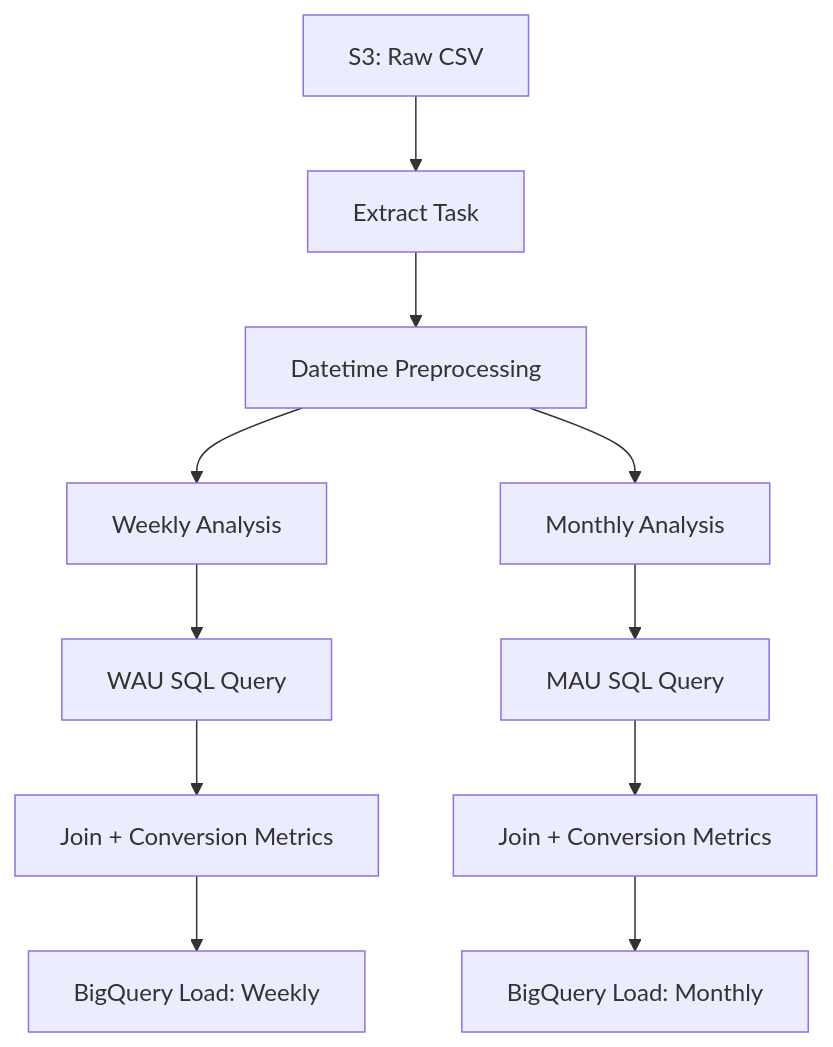
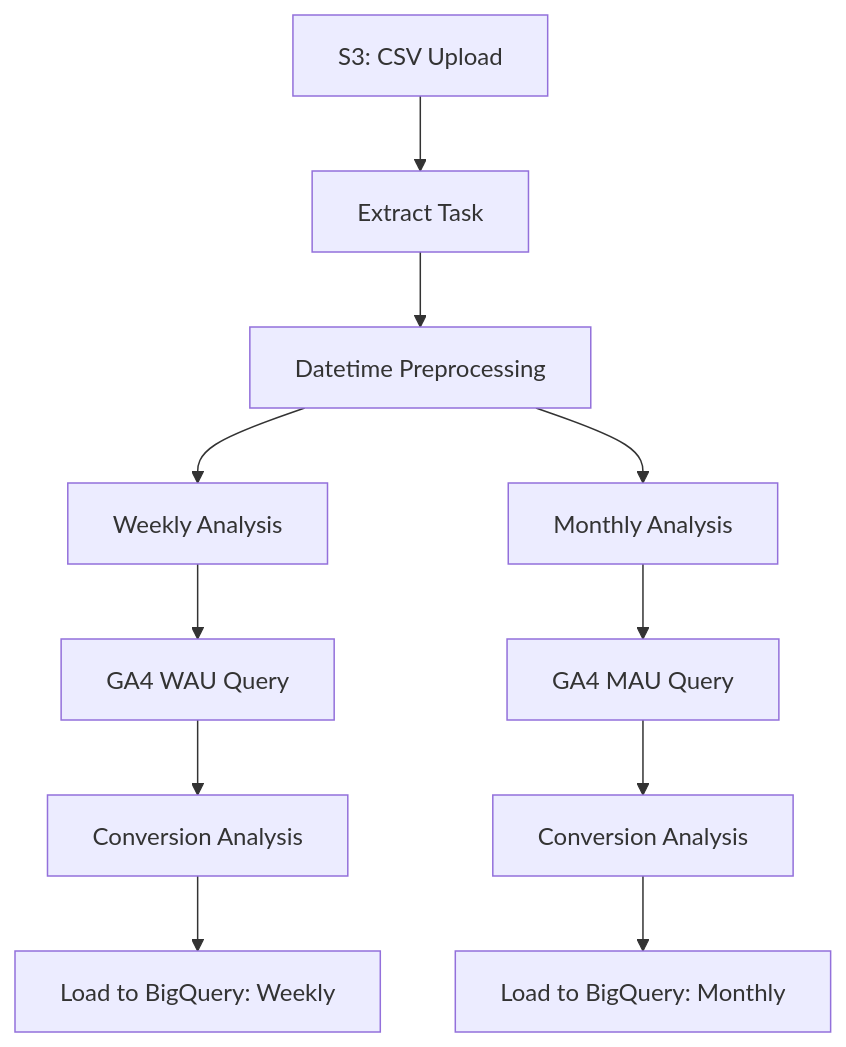
One commit to minkimNV/personal_airflow changed the second of 2 diagrams in README.md. Above: the diagram before and after it, drawn with Mermaid. The commit also changed other lines of this file, not shown here.

````diff
--- a/README.md
+++ b/README.md
@@ -134,13 +160,13 @@
 ```mermaid
-graph TD
-  A[S3: Raw CSV] --> B[Extract Task]
+graph TB
+  A[S3: CSV Upload] --> B[Extract Task]
   B --> C[Datetime Preprocessing]
   C --> D1[Weekly Analysis]
   C --> D2[Monthly Analysis]
-  D1 --> E1[WAU SQL Query]
-  D2 --> E2[MAU SQL Query]
-  E1 --> F1[Join + Conversion Metrics]
-  E2 --> F2[Join + Conversion Metrics]
-  F1 --> G1[BigQuery Load: Weekly]
-  F2 --> G2[BigQuery Load: Monthly]
+  D1 --> E1[GA4 WAU Query]
+  D2 --> E2[GA4 MAU Query]
+  E1 --> F1[Conversion Analysis]
+  E2 --> F2[Conversion Analysis]
+  F1 --> G1[Load to BigQuery: Weekly]
+  F2 --> G2[Load to BigQuery: Monthly]
 ```
````
